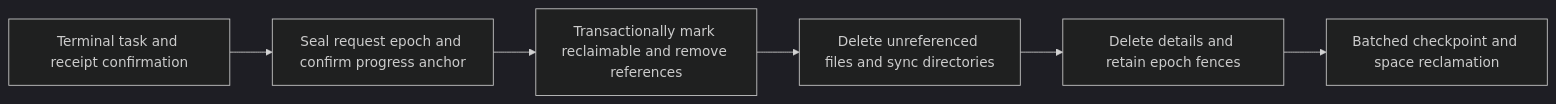
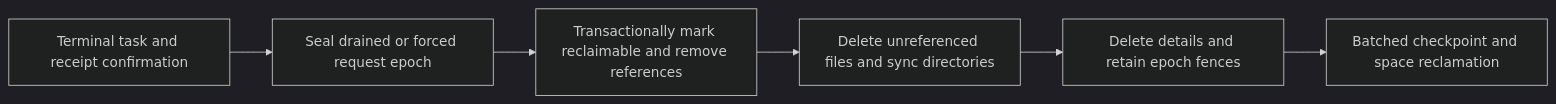
Before and after one commit to Infinimesh-ai/SparkClaw: the diagram in docs/app-cli-storage-lifecycle-design.md, drawn with Mermaid (dark theme). The commit also changed other lines of this file and 1 other file, not shown here.

First line of the commit message:
docs(app-cli): revise lifecycle design to anchor only dispatch release

````diff
--- a/docs/app-cli-storage-lifecycle-design.md
+++ b/docs/app-cli-storage-lifecycle-design.md
@@ -181,8 +208,8 @@
 ```mermaid
 flowchart LR
-    A[Terminal task and receipt confirmation] --> B[Seal request epoch and confirm progress anchor]
+    A[Terminal task and receipt confirmation] --> B[Seal drained or forced request epoch]
     B --> C[Transactionally mark reclaimable and remove references]
     C --> D[Delete unreferenced files and sync directories]
     D --> E[Delete details and retain epoch fences]
     E --> F[Batched checkpoint and space reclamation]
 ```
````
